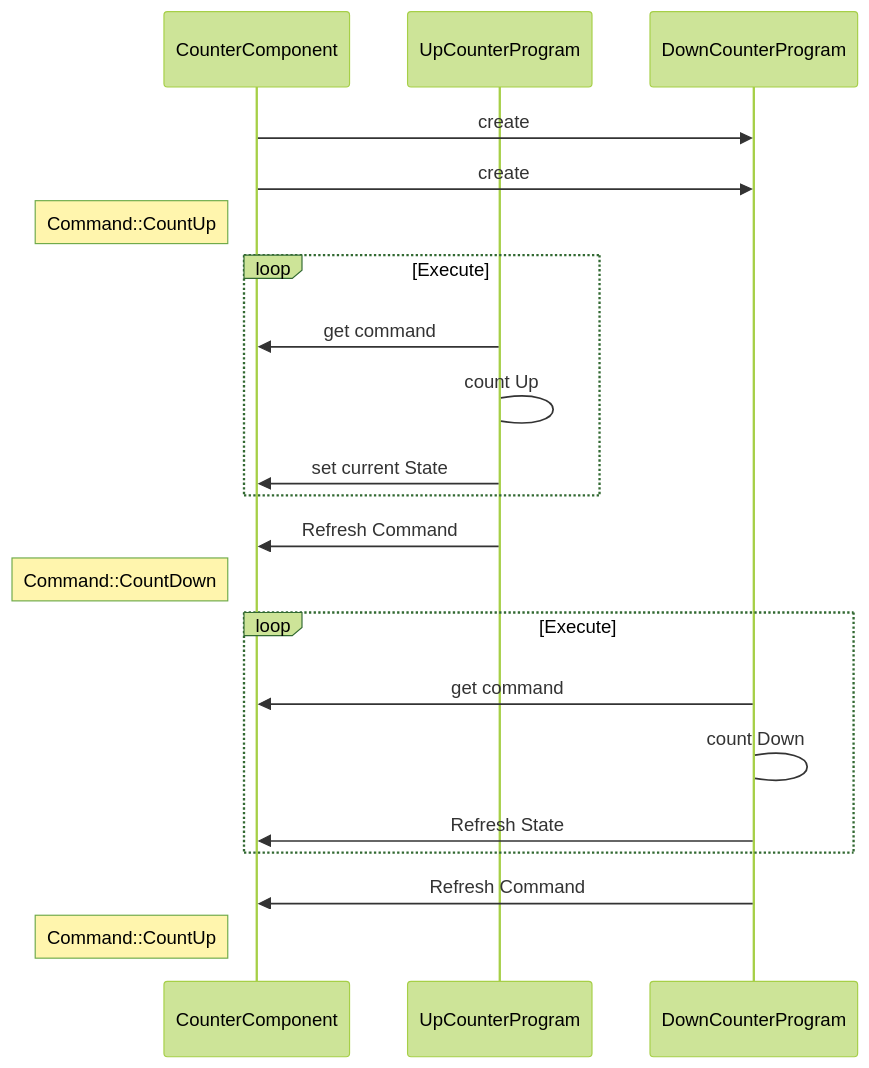
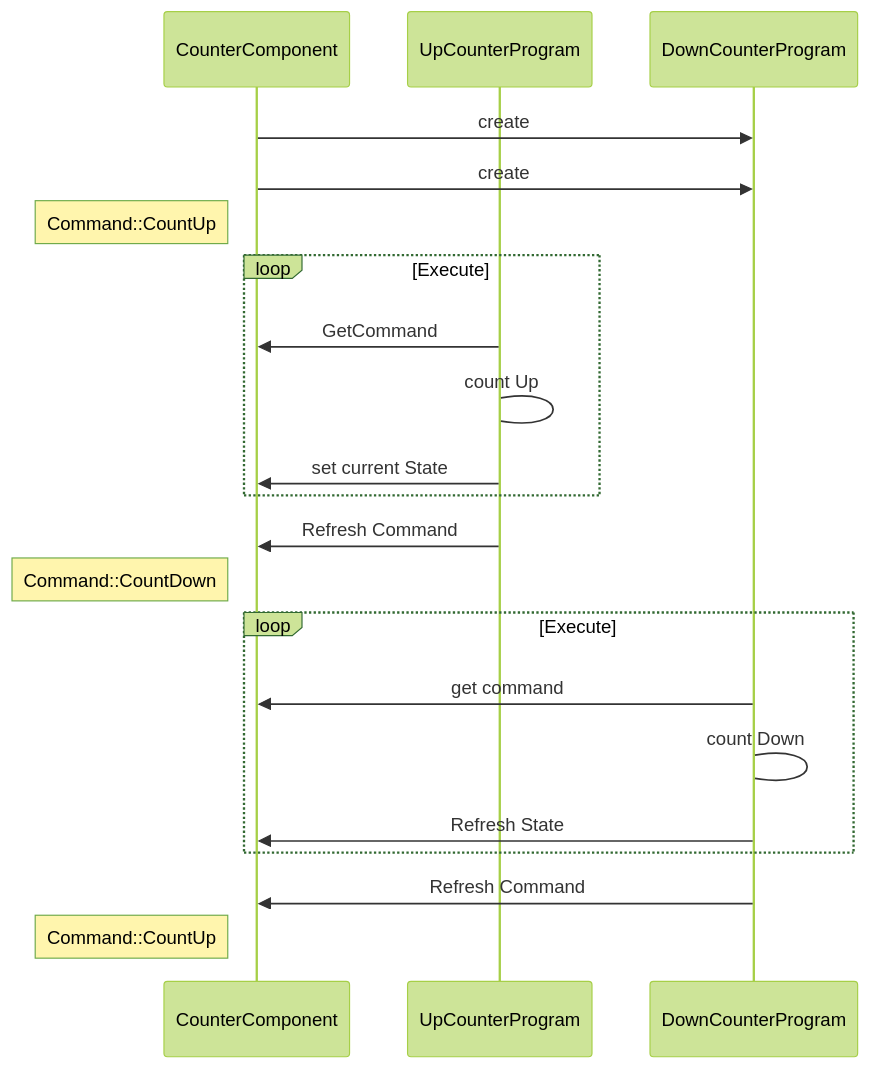
The diagram in Examples/ProgramComponentInteraction/README.md (PLCnext/CppExamples), drawn with Mermaid (forest theme) before and after one commit. The commit also changed other lines of this file, not shown here.

Commit message:
fix get_command in readme

````diff
--- a/Examples/ProgramComponentInteraction/README.md
+++ b/Examples/ProgramComponentInteraction/README.md
@@ -10,25 +10,25 @@
 ```mermaid
 sequenceDiagram
     participant CounterComponent
     participant UpCounterProgram
     participant DownCounterProgram
     CounterComponent->>DownCounterProgram: create
  CounterComponent->>DownCounterProgram: create
 Note left of CounterComponent: Command::CountUp
     loop Execute
-        UpCounterProgram->>CounterComponent: get command
+        UpCounterProgram->>CounterComponent: GetCommand
        
         UpCounterProgram->UpCounterProgram: count Up   
         UpCounterProgram->>CounterComponent: set current State 
  end
 UpCounterProgram->>CounterComponent: Refresh Command 
 Note left of CounterComponent: Command::CountDown
 loop Execute
         DownCounterProgram->>CounterComponent: get command 
         DownCounterProgram->DownCounterProgram: count Down
         DownCounterProgram->>CounterComponent: Refresh State 
     end
 
 DownCounterProgram->>CounterComponent: Refresh Command 
 Note left of CounterComponent: Command::CountUp
 ```
````
